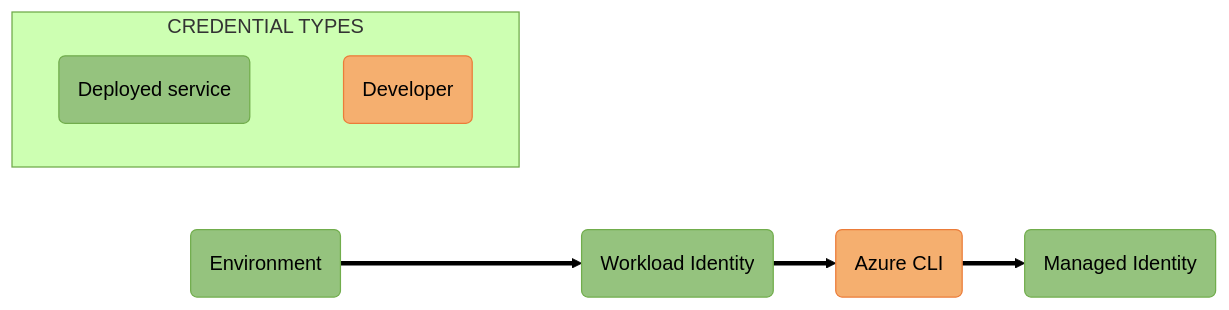
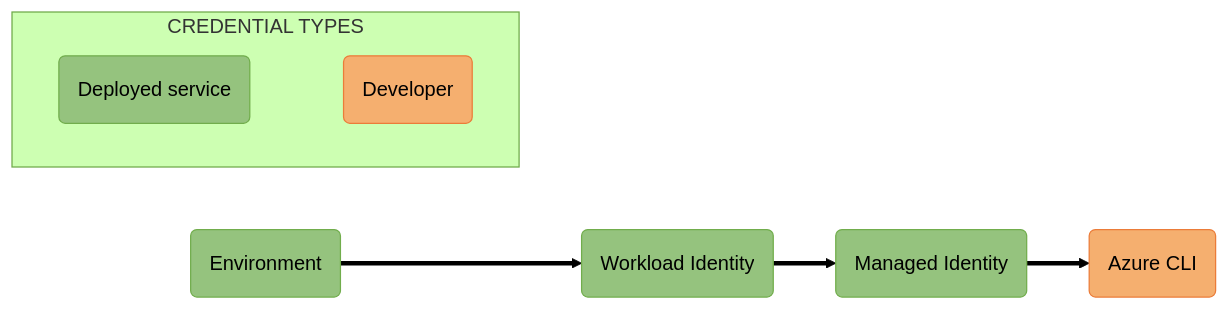
One commit to Azure/azure-sdk-for-cpp changed the diagram in sdk/identity/azure-identity/img/mermaidjs/DefaultAzureCredentialAuthFlow.md. Above: the diagram before and after it, drawn with Mermaid (forest theme). The commit also changed 6 other files, not shown here.

````diff
--- a/sdk/identity/azure-identity/img/mermaidjs/DefaultAzureCredentialAuthFlow.md
+++ b/sdk/identity/azure-identity/img/mermaidjs/DefaultAzureCredentialAuthFlow.md
@@ -1,19 +1,19 @@
 ```mermaid
 %% STEPS TO GENERATE IMAGE
 %% =======================
 %% 1. Install mermaid CLI (see https://github.com/mermaid-js/mermaid-cli/blob/master/README.md)
 %%    v10.0.2 is known good for our process. npm install -g @mermaid-js/mermaid-cli@10.0.2
 %% 2. Run command: mmdc -i DefaultAzureCredentialAuthFlow.md -o DefaultAzureCredentialAuthFlow.svg
 
 flowchart LR;
-    A(Environment):::deployed ==> B(Workload Identity):::deployed ==> C(Azure CLI):::developer ==> D(Managed Identity):::deployed;
+    A(Environment):::deployed ==> B(Workload Identity):::deployed ==> C(Managed Identity):::deployed ==> D(Azure CLI):::developer;
 
     subgraph CREDENTIAL TYPES;
         direction LR;
         Deployed(Deployed service):::deployed ~~~ Developer(Developer):::developer;
     end;
 
     %% Define styles for credential type boxes
     classDef deployed fill:#95C37E, stroke:#71AD4C;
     classDef developer fill:#F5AF6F, stroke:#EB7C39;
 ```
````
